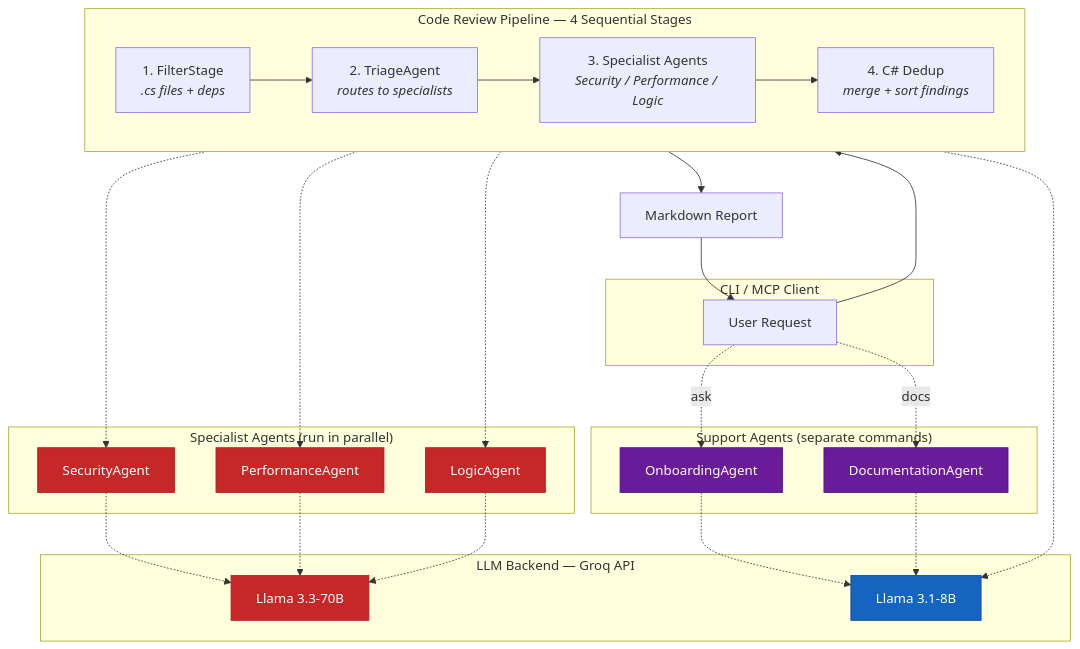
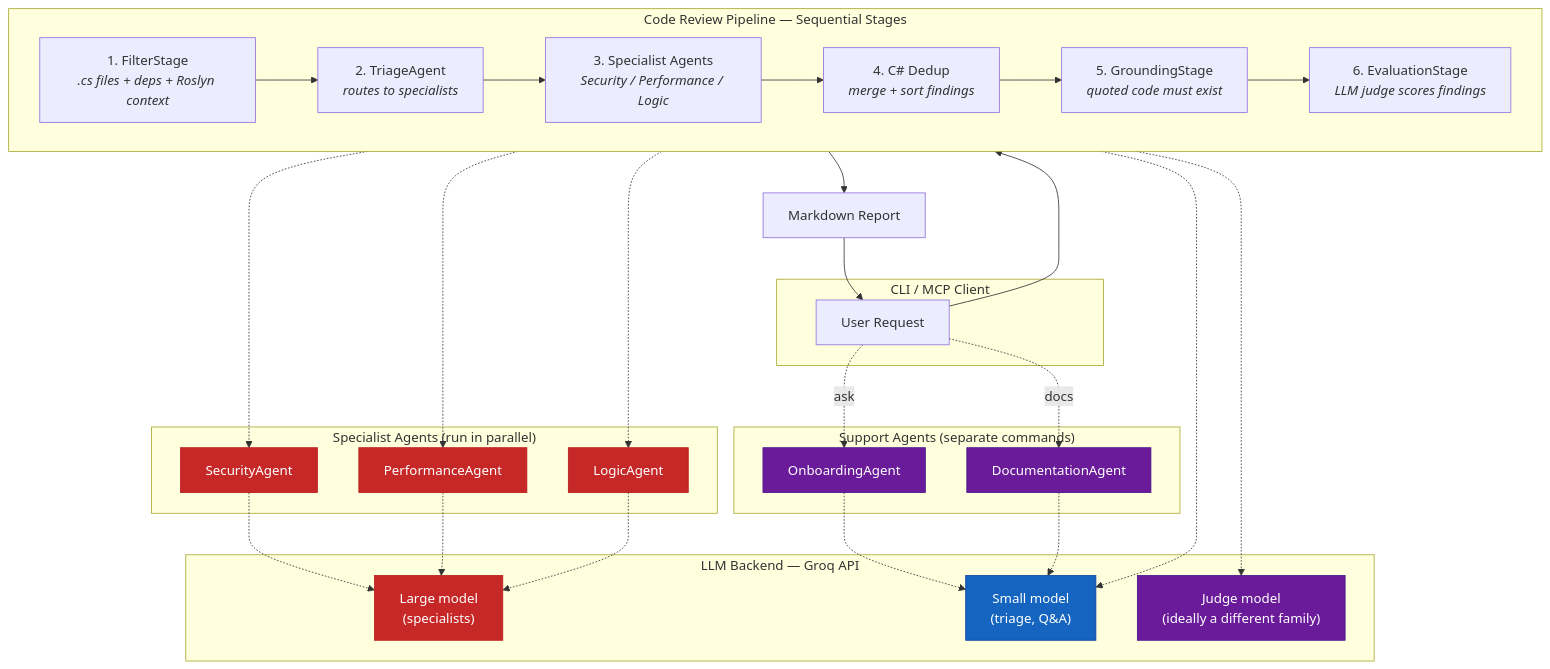
The first of 8 diagrams in README.md (bhavyananda17/multi_agent_code_review_mcpserver), drawn with Mermaid before and after one commit. The commit also changed other lines of this file and 6 other files, not shown here.

````diff
--- a/README.md
+++ b/README.md
@@ -11,49 +11,55 @@
 ```mermaid
 graph TB
     classDef small fill:#1565c0,stroke:#0d47a1,color:#ffffff
     classDef large fill:#c62828,stroke:#b71c1c,color:#ffffff
     classDef support fill:#6a1b9a,stroke:#4a148c,color:#ffffff
 
     subgraph "CLI / MCP Client"
         C[User Request]
     end
 
-    subgraph "Code Review Pipeline — 4 Sequential Stages"
+    subgraph "Code Review Pipeline — Sequential Stages"
         direction LR
-        F1["1. FilterStage<br/><i>.cs files + deps</i>"]
+        F1["1. FilterStage<br/><i>.cs files + deps + Roslyn context</i>"]
         F2["2. TriageAgent<br/><i>routes to specialists</i>"]
         F3["3. Specialist Agents<br/><i>Security / Performance / Logic</i>"]
         F4["4. C# Dedup<br/><i>merge + sort findings</i>"]
+        F5["5. GroundingStage<br/><i>quoted code must exist</i>"]
+        F6["6. EvaluationStage<br/><i>LLM judge scores findings</i>"]
     end
 
     subgraph "Specialist Agents (run in parallel)"
         SA[SecurityAgent]:::large
         PA[PerformanceAgent]:::large
         LA[LogicAgent]:::large
     end
 
     subgraph "Support Agents (separate commands)"
         OA[OnboardingAgent]:::support
         DA[DocumentationAgent]:::support
     end
 
     subgraph "LLM Backend — Groq API"
-        M70[Llama 3.3-70B]:::large
-        M8[Llama 3.1-8B]:::small
+        M70["Large model<br/>(specialists)"]:::large
+        M8["Small model<br/>(triage, Q&A)"]:::small
+        MJ["Judge model<br/>(ideally a different family)"]:::support
     end
 
     C --> F1
     F1 --> F2
     F2 --> F3
     F3 --> F4
-    F4 --> Report[Markdown Report]
+    F4 --> F5
+    F5 --> F6
+    F6 --> Report[Markdown Report]
     Report --> C
 
     F3 -.-> SA & PA & LA
     SA & PA & LA -.-> M70
     F2 -.-> M8
+    F6 -.-> MJ
 
     C -.->|"ask"| OA
     C -.->|"docs"| DA
     OA & DA -.-> M8
 ```
````
